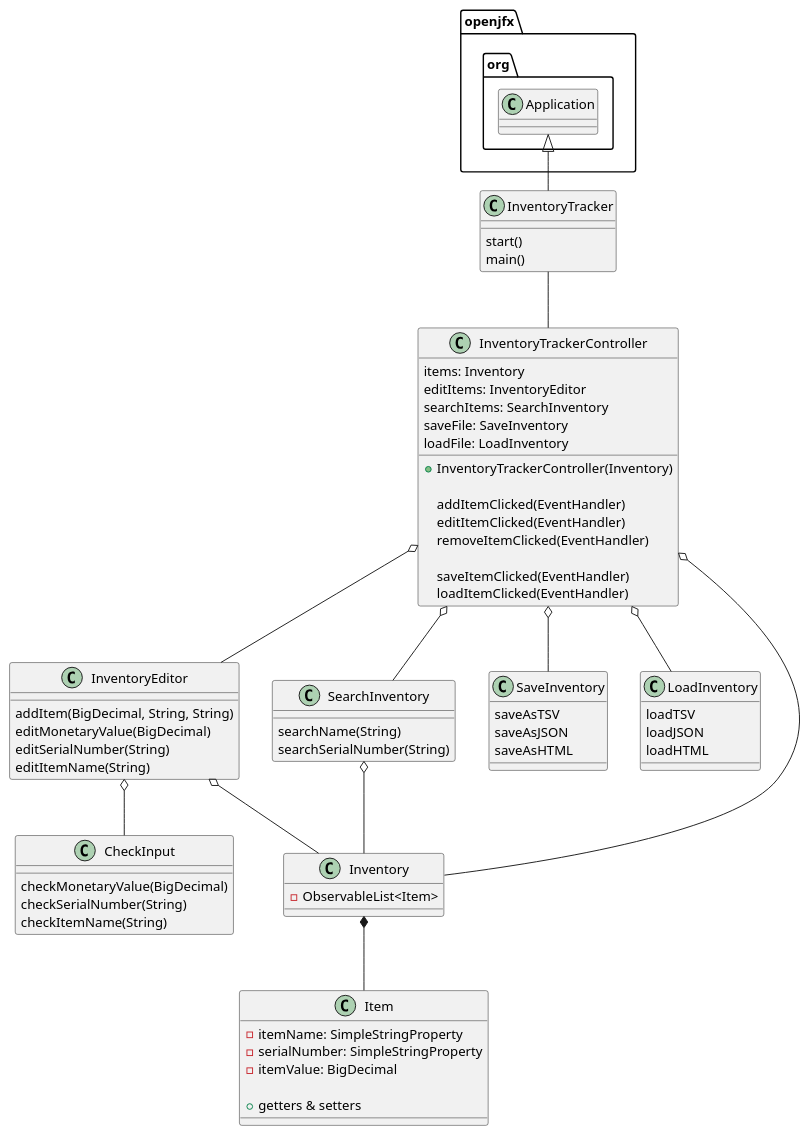
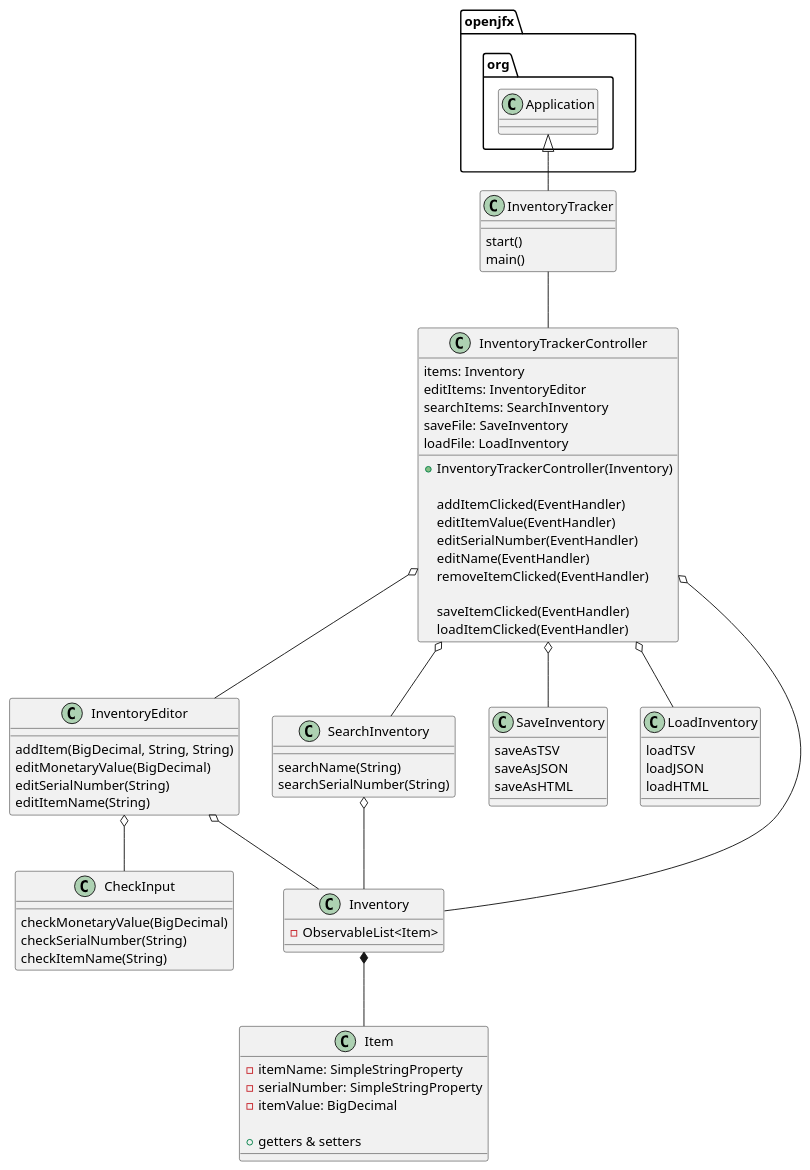
One commit to C-Gagne/gagne-1078-a5 changed the diagram in uml/InventoryTrackerUML.puml. Above: the diagram before and after it, drawn with PlantUML. The commit also changed 2 other files, not shown here.

```diff
--- a/uml/InventoryTrackerUML.puml
+++ b/uml/InventoryTrackerUML.puml
@@ -1,87 +1,89 @@
 @startuml
 'https://plantuml.com/class-diagram
 
 class InventoryTracker {
     start()
     main()
 }
 
 
 class InventoryTrackerController {
     items: Inventory
     editItems: InventoryEditor
     searchItems: SearchInventory
     saveFile: SaveInventory
     loadFile: LoadInventory
 
     + InventoryTrackerController(Inventory)
 
     addItemClicked(EventHandler)
-    editItemClicked(EventHandler)
+    editItemValue(EventHandler)
+    editSerialNumber(EventHandler)
+    editName(EventHandler)
     removeItemClicked(EventHandler)
 
     saveItemClicked(EventHandler)
     loadItemClicked(EventHandler)
 }
 
 
 class InventoryEditor {
     addItem(BigDecimal, String, String)
     editMonetaryValue(BigDecimal)
     editSerialNumber(String)
     editItemName(String)
 }
 
 class CheckInput {
     checkMonetaryValue(BigDecimal)
     checkSerialNumber(String)
     checkItemName(String)
 }
 
 class SearchInventory {
     searchName(String)
     searchSerialNumber(String)
 }
 
 class SaveInventory {
     saveAsTSV
     saveAsJSON
     saveAsHTML
 }
 
 class LoadInventory {
     loadTSV
     loadJSON
     loadHTML
 }
 
 class Inventory {
     - ObservableList<Item>
 }
 
 class Item {
     - itemName: SimpleStringProperty
     - serialNumber: SimpleStringProperty
     - itemValue: BigDecimal
 
     + getters & setters
 }
 
 
 openjfx.org.Application <|-- InventoryTracker
 InventoryTracker -- InventoryTrackerController
 
 InventoryTrackerController o-- Inventory
 InventoryTrackerController o-- InventoryEditor
 InventoryTrackerController o-- SaveInventory
 InventoryTrackerController o-- LoadInventory
 InventoryTrackerController o-- SearchInventory
 
 InventoryEditor o-- CheckInput
 
 InventoryEditor o-- Inventory
 SearchInventory o-- Inventory
 
 Inventory *-- Item
 
 @enduml
```
